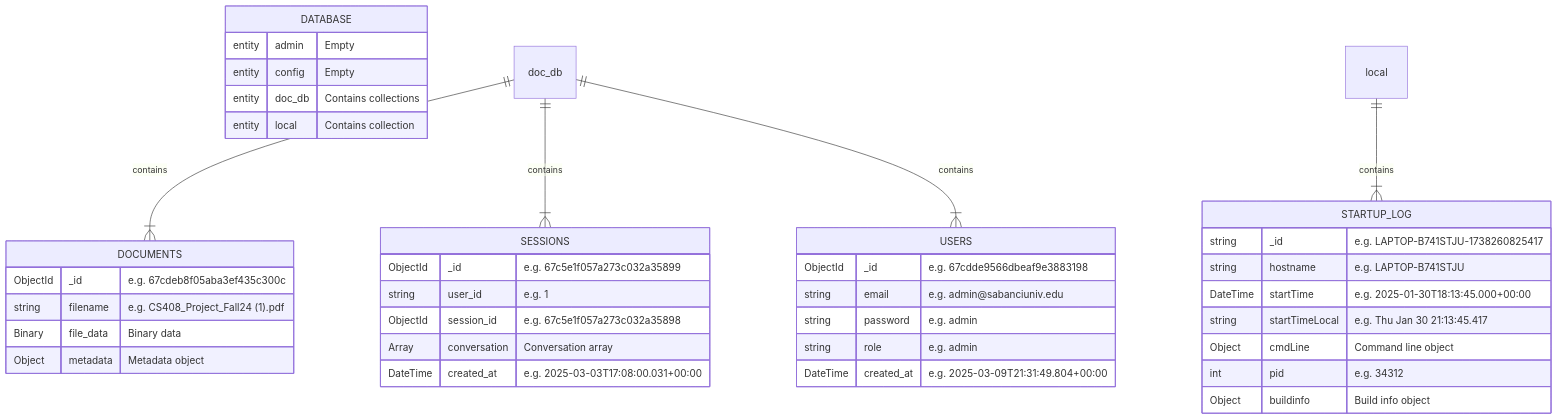
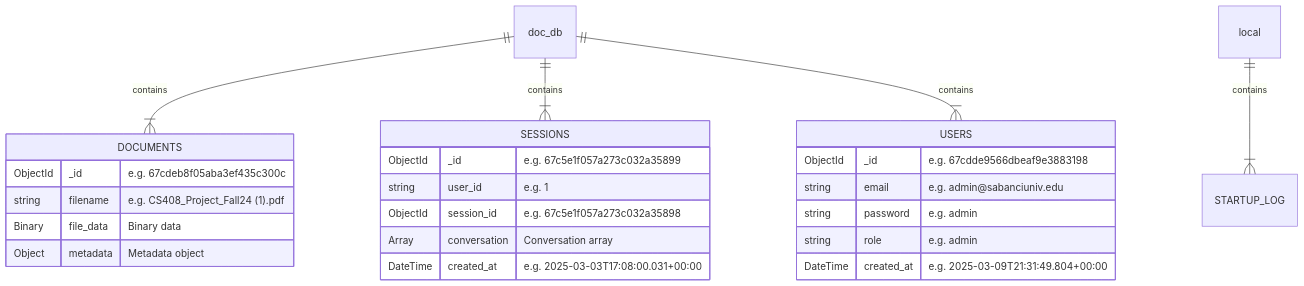
One commit to idilkara/ENS492-RAGDocumentManager changed the diagram in documentation/database.md. Above: the diagram before and after it, drawn with Mermaid. The commit also changed other lines of this file, not shown here.

````diff
--- a/documentation/database.md
+++ b/documentation/database.md
@@ -9,47 +9,32 @@
 ```mermaid
 erDiagram
-    DATABASE {
-        entity admin "Empty"
-        entity config "Empty"
-        entity doc_db "Contains collections"
-        entity local "Contains collection"
-    }
 
     doc_db ||--|{ DOCUMENTS : contains
     doc_db ||--|{ SESSIONS : contains
     doc_db ||--|{ USERS : contains
     local ||--|{ STARTUP_LOG : contains
 
     DOCUMENTS {
         ObjectId _id "e.g. 67cdeb8f05aba3ef435c300c"
         string filename "e.g. CS408_Project_Fall24 (1).pdf"
         Binary file_data "Binary data"
         Object metadata "Metadata object"
     }
 
     SESSIONS {
         ObjectId _id "e.g. 67c5e1f057a273c032a35899"
         string user_id "e.g. 1"
         ObjectId session_id "e.g. 67c5e1f057a273c032a35898"
         Array conversation "Conversation array"
         DateTime created_at "e.g. 2025-03-03T17:08:00.031+00:00"
     }
 
     USERS {
         ObjectId _id "e.g. 67cdde9566dbeaf9e3883198"
         string email "e.g. admin@sabanciuniv.edu"
         string password "e.g. admin"
         string role "e.g. admin"
         DateTime created_at "e.g. 2025-03-09T21:31:49.804+00:00"
     }
 
-    STARTUP_LOG {
-        string _id "e.g. LAPTOP-B741STJU-1738260825417"
-        string hostname "e.g. LAPTOP-B741STJU"
-        DateTime startTime "e.g. 2025-01-30T18:13:45.000+00:00"
-        string startTimeLocal "e.g. Thu Jan 30 21:13:45.417"
-        Object cmdLine "Command line object"
-        int pid "e.g. 34312"
-        Object buildinfo "Build info object"
-    }
 ```
````
